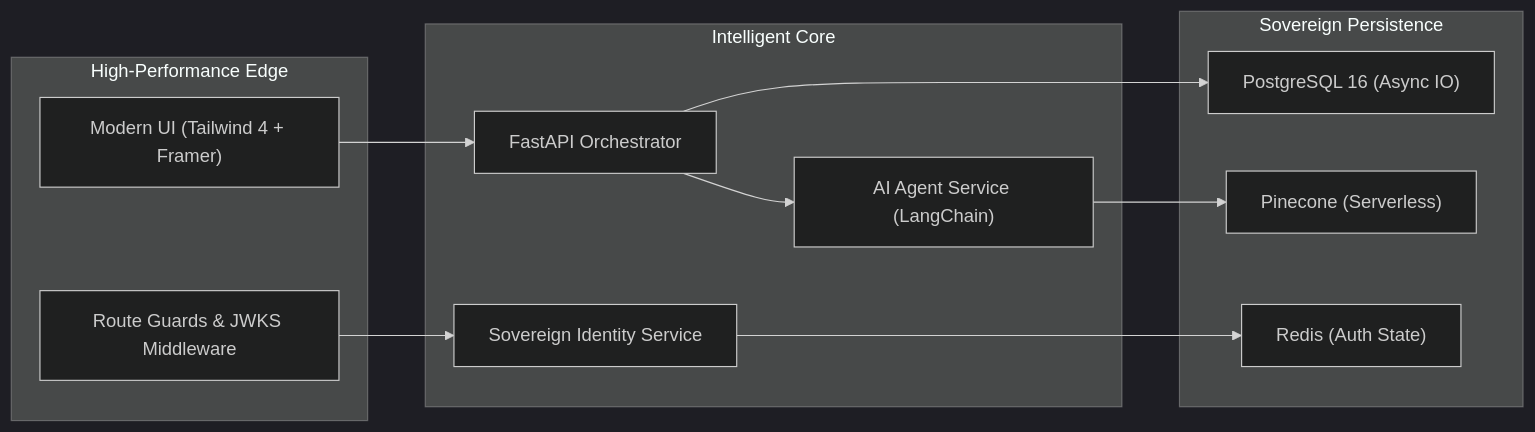
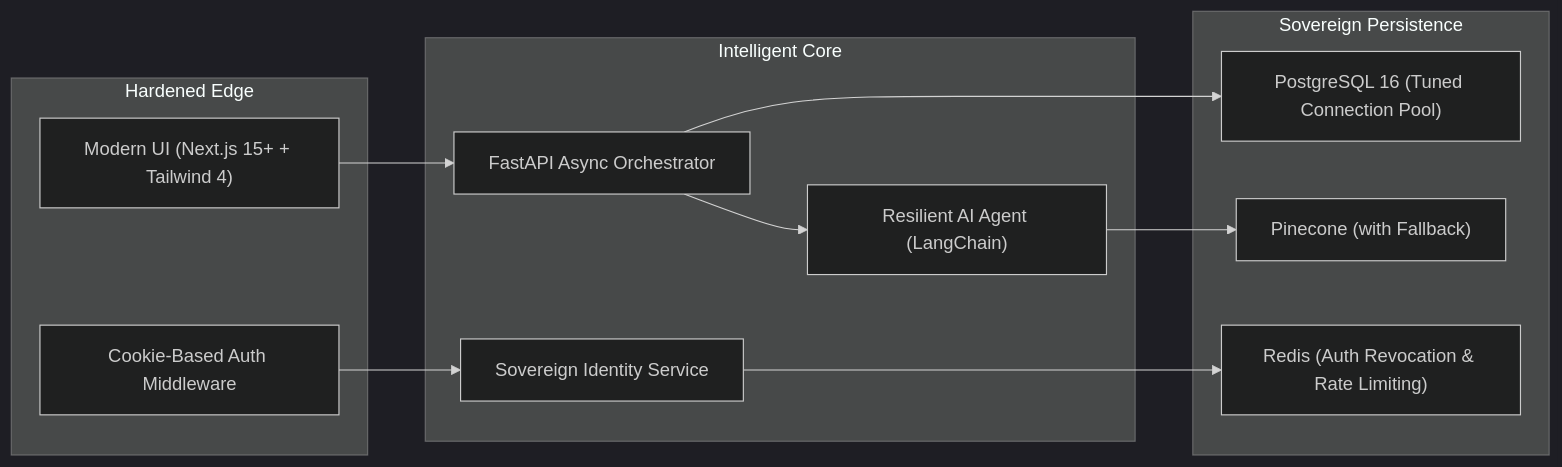
The diagram in README.md (johan-droid/GraftAI), drawn with Mermaid (dark theme) before and after one commit. The commit also changed other lines of this file and 27 other files, not shown here.

Commit message:
feat: Initialize full-stack GraftAI project with FastAPI backend, authentication, and Vercel deployment configuration.

````diff
--- a/README.md
+++ b/README.md
@@ -73,26 +73,26 @@
 ```mermaid
 graph LR
-    subgraph "High-Performance Edge"
-        UI["Modern UI (Tailwind 4 + Framer)"]
-        Guard["Route Guards & JWKS Middleware"]
+    subgraph "Hardened Edge"
+        UI["Modern UI (Next.js 15+ + Tailwind 4)"]
+        Guard["Cookie-Based Auth Middleware"]
     end
 
     subgraph "Intelligent Core"
-        API["FastAPI Orchestrator"]
+        API["FastAPI Async Orchestrator"]
         Auth["Sovereign Identity Service"]
-        Agent["AI Agent Service (LangChain)"]
+        Agent["Resilient AI Agent (LangChain)"]
     end
 
     subgraph "Sovereign Persistence"
-        RDS["PostgreSQL 16 (Async IO)"]
-        VDB["Pinecone (Serverless)"]
-        Cache["Redis (Auth State)"]
+        RDS["PostgreSQL 16 (Tuned Connection Pool)"]
+        VDB["Pinecone (with Fallback)"]
+        Cache["Redis (Auth Revocation & Rate Limiting)"]
     end
 
     UI --> API
     Guard --> Auth
     API --> Agent
     Agent --> VDB
     Auth --> Cache
     API --> RDS
 ```
````
